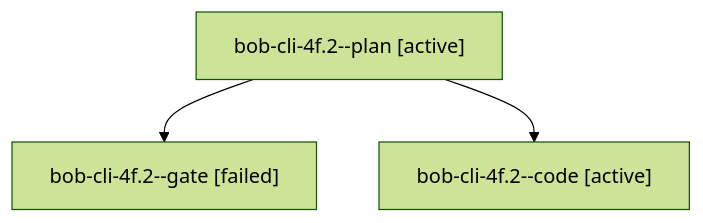
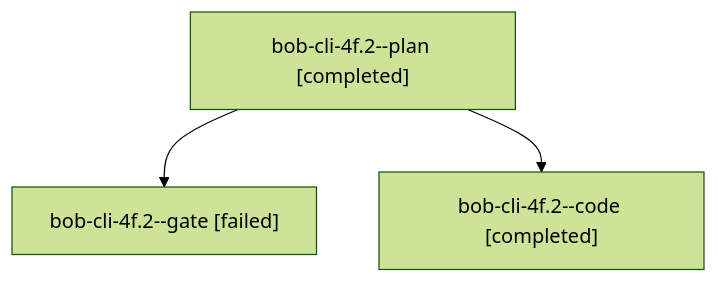
One commit to bobs-org/bob-cli--agents changed the diagram in sessions/bbugyi200.apollo.bob-cli-4f.2.md. Above: the diagram before and after it, drawn with Mermaid (forest theme). The commit also changed other lines of this file and 41 other files, not shown here.

````diff
--- a/sessions/bbugyi200.apollo.bob-cli-4f.2.md
+++ b/sessions/bbugyi200.apollo.bob-cli-4f.2.md
@@ -9,8 +9,8 @@
 ```mermaid
 flowchart TD
-  n0["bob-cli-4f.2--plan [active]"]
+  n0["bob-cli-4f.2--plan [completed]"]
   n1["bob-cli-4f.2--gate [failed]"]
   n0 --> n1
-  n2["bob-cli-4f.2--code [active]"]
+  n2["bob-cli-4f.2--code [completed]"]
   n0 --> n2
 ```
````
